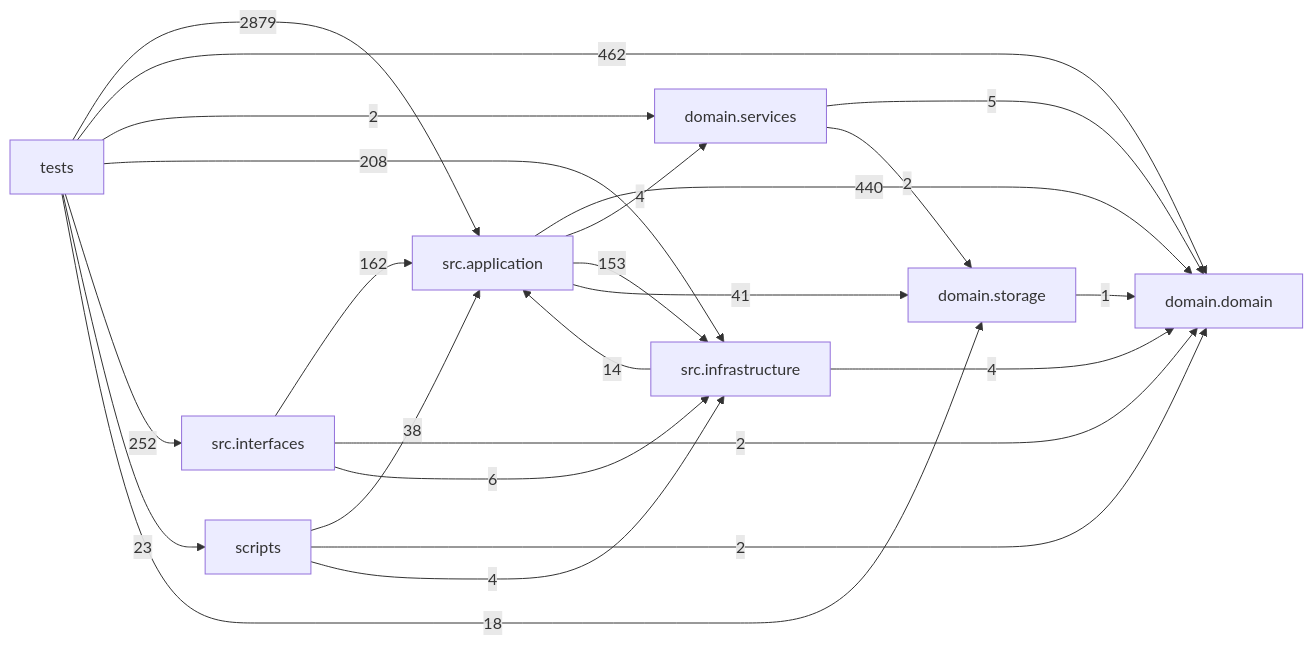
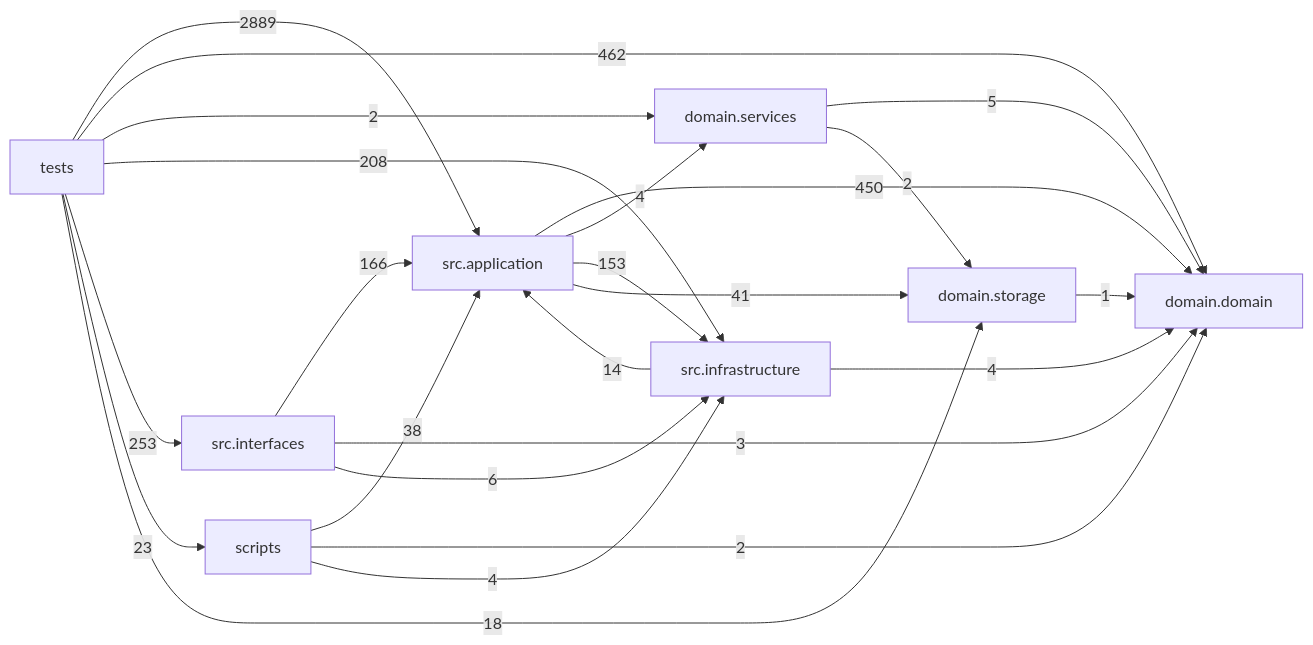
The diagram in docs/DEPENDENCY_GRAPH.md (liuxie066/options-monitor), drawn with Mermaid before and after one commit. The commit also changed other lines of this file and 40 other files, not shown here.

````diff
--- a/docs/DEPENDENCY_GRAPH.md
+++ b/docs/DEPENDENCY_GRAPH.md
@@ -24,33 +24,33 @@
 ```mermaid
 flowchart LR
   tests["tests"]
   scripts["scripts"]
   interfaces["src.interfaces"]
   application["src.application"]
   infrastructure["src.infrastructure"]
   domain_services["domain.services"]
   domain["domain.domain"]
   storage["domain.storage"]
-  application -->|440| domain
+  application -->|450| domain
   application -->|4| domain_services
   application -->|153| infrastructure
   application -->|41| storage
   domain_services -->|5| domain
   domain_services -->|2| storage
   infrastructure -->|14| application
   infrastructure -->|4| domain
-  interfaces -->|162| application
-  interfaces -->|2| domain
+  interfaces -->|166| application
+  interfaces -->|3| domain
   interfaces -->|6| infrastructure
   scripts -->|38| application
   scripts -->|2| domain
   scripts -->|4| infrastructure
   storage -->|1| domain
-  tests -->|2879| application
+  tests -->|2889| application
   tests -->|462| domain
   tests -->|2| domain_services
   tests -->|208| infrastructure
-  tests -->|252| interfaces
+  tests -->|253| interfaces
   tests -->|23| scripts
   tests -->|18| storage
 ```
````
